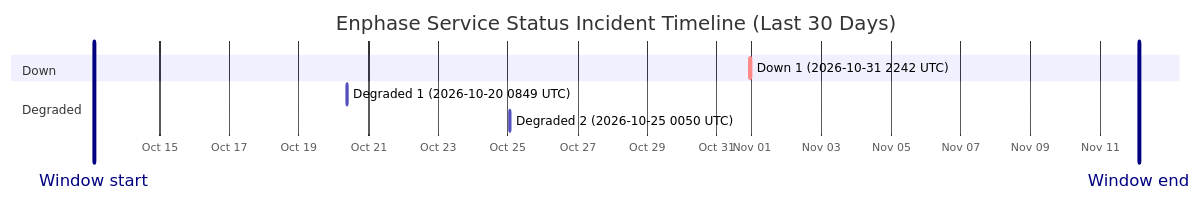
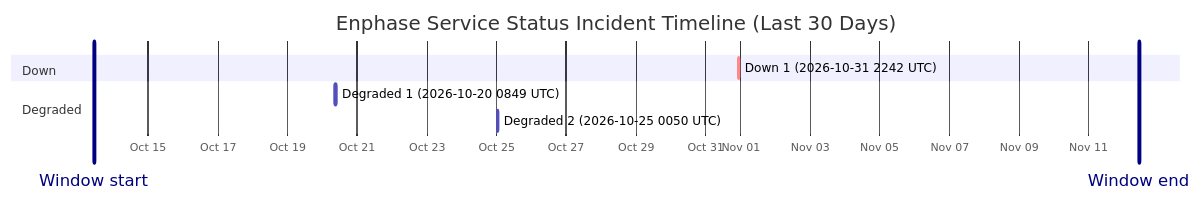
One commit to barneyonline/ha-enphase-energy changed the diagram in wiki/Service-Status-History.md. Above: the diagram before and after it, drawn with Mermaid. The commit also changed other lines of this file and 3 other files, not shown here.

````diff
--- a/wiki/Service-Status-History.md
+++ b/wiki/Service-Status-History.md
@@ -14,13 +14,13 @@
 ```mermaid
 gantt
     title Enphase Service Status Incident Timeline (Last 30 Days)
     dateFormat  YYYY-MM-DDTHH:mm:ss
     axisFormat  %b %d
-    Window start :vert, window-start, 2026-10-13T02:41:12, 0ms
-    Window end :vert, window-end, 2026-11-12T02:41:12, 0ms
+    Window start :vert, window-start, 2026-10-13T10:39:18, 0ms
+    Window end :vert, window-end, 2026-11-12T10:39:18, 0ms
     section Down
     Down 1 (2026-10-31 2242 UTC) :crit, down-1, 2026-10-31T22:42:18, 60m
     section Degraded
     Degraded 1 (2026-10-20 0849 UTC) :active, degraded-1, 2026-10-20T08:49:49, 60m
     Degraded 2 (2026-10-25 0050 UTC) :active, degraded-2, 2026-10-25T00:50:01, 60m
 ```
````
